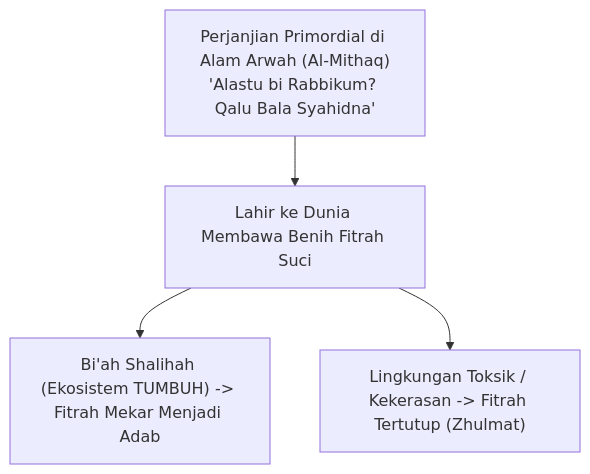
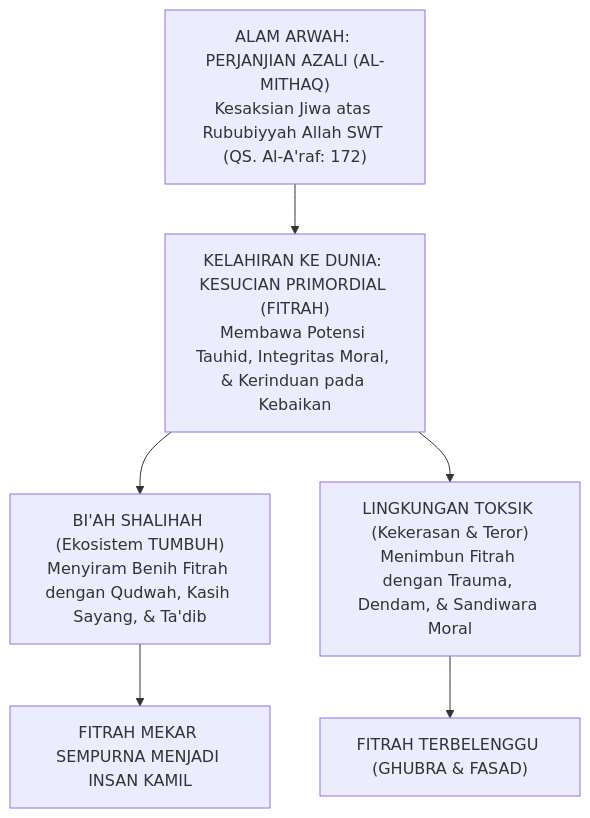
The first of 3 diagrams in BOOK-SERIES/Volume-01/Bab-02-Ontologi-Fitrah-dan-Hakikat-Insan-Pembelajar/01-Konsep-Fitrah-al-Munazzalah.md (wandiapriliyandi/tumbuh), drawn with Mermaid before and after one commit. The commit also changed other lines of this file and 2 other files, not shown here.

````diff
--- a/BOOK-SERIES/Volume-01/Bab-02-Ontologi-Fitrah-dan-Hakikat-Insan-Pembelajar/01-Konsep-Fitrah-al-Munazzalah.md
+++ b/BOOK-SERIES/Volume-01/Bab-02-Ontologi-Fitrah-dan-Hakikat-Insan-Pembelajar/01-Konsep-Fitrah-al-Munazzalah.md
@@ -17,7 +20,11 @@
 ```mermaid
 graph TD
-    AlamArwah["Perjanjian Primordial di Alam Arwah (Al-Mithaq)<br/>'Alastu bi Rabbikum? Qalu Bala Syahidna'"]
-    AlamArwah --> Lahir["Lahir ke Dunia Membawa Benih Fitrah Suci"]
-    Lahir --> BiahPositif["Bi'ah Shalihah (Ekosistem TUMBUH) -> Fitrah Mekar Menjadi Adab"]
-    Lahir --> BiahNegatif["Lingkungan Toksik / Kekerasan -> Fitrah Tertutup (Zhulmat)"]
+    AlamArwah["ALAM ARWAH: PERJANJIAN AZALI (AL-MITHAQ)<br/>Kesaksian Jiwa atas Rububiyyah Allah SWT (QS. Al-A'raf: 172)"]
+    AlamArwah --> Kelahiran["KELAHIRAN KE DUNIA: KESUCIAN PRIMORDIAL (FITRAH)<br/>Membawa Potensi Tauhid, Integritas Moral, & Kerinduan pada Kebaikan"]
+    
+    Kelahiran --> BiahTUMBUH["BI'AH SHALIHAH (Ekosistem TUMBUH)<br/>Menyiram Benih Fitrah dengan Qudwah, Kasih Sayang, & Ta'dib"]
+    BiahTUMBUH --> Mekar["FITRAH MEKAR SEMPURNA MENJADI INSAN KAMIL"]
+    
+    Kelahiran --> BiahToksik["LINGKUNGAN TOKSIK (Kekerasan & Teror)<br/>Menimbun Fitrah dengan Trauma, Dendam, & Sandiwara Moral"]
+    BiahToksik --> Tertutup["FITRAH TERBELENGGU (GHUBRA & FASAD)"]
 ```
````
